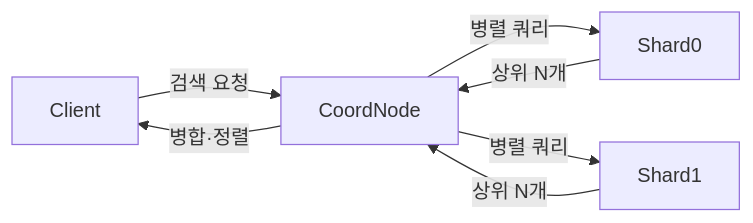
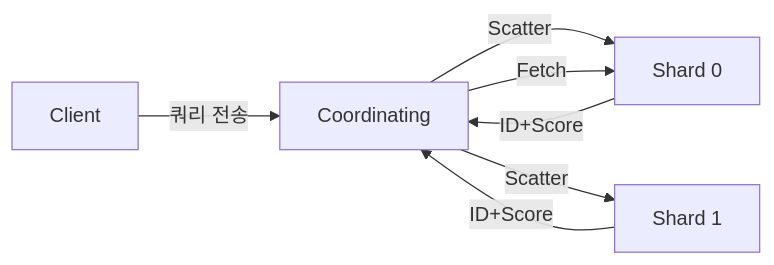
The third of 6 diagrams in _posts/nosql/2026-05-03-elasticsearch-deep.md (yjkim2015/yjkim2015.github.io), drawn with Mermaid before and after one commit. The commit also changed other lines of this file and 4 other files, not shown here.

````diff
--- a/_posts/nosql/2026-05-03-elasticsearch-deep.md
+++ b/_posts/nosql/2026-05-03-elasticsearch-deep.md
@@ -126,9 +332,9 @@
 ```mermaid
 graph LR
-    C["Client"] -->|"검색 요청"| CO["CoordNode"]
-    CO -->|"병렬 쿼리"| S0["Shard0"]
-    CO -->|"병렬 쿼리"| S1["Shard1"]
-    S0 -->|"상위 N개"| CO
-    S1 -->|"상위 N개"| CO
-    CO -->|"병합·정렬"| C
+    CL["Client"] -->|"쿼리 전송"| CO["Coordinating"]
+    CO -->|"Scatter"| S0["Shard 0"]
+    CO -->|"Scatter"| S1["Shard 1"]
+    S0 -->|"ID+Score"| CO
+    S1 -->|"ID+Score"| CO
+    CO -->|"Fetch"| S0
 ```
````
